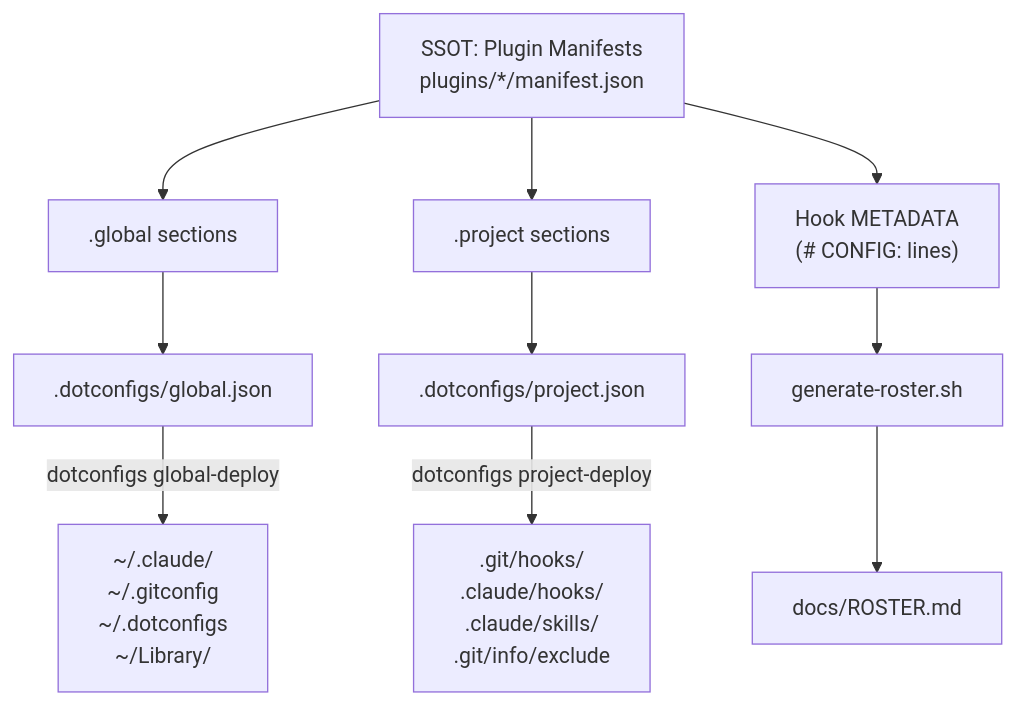
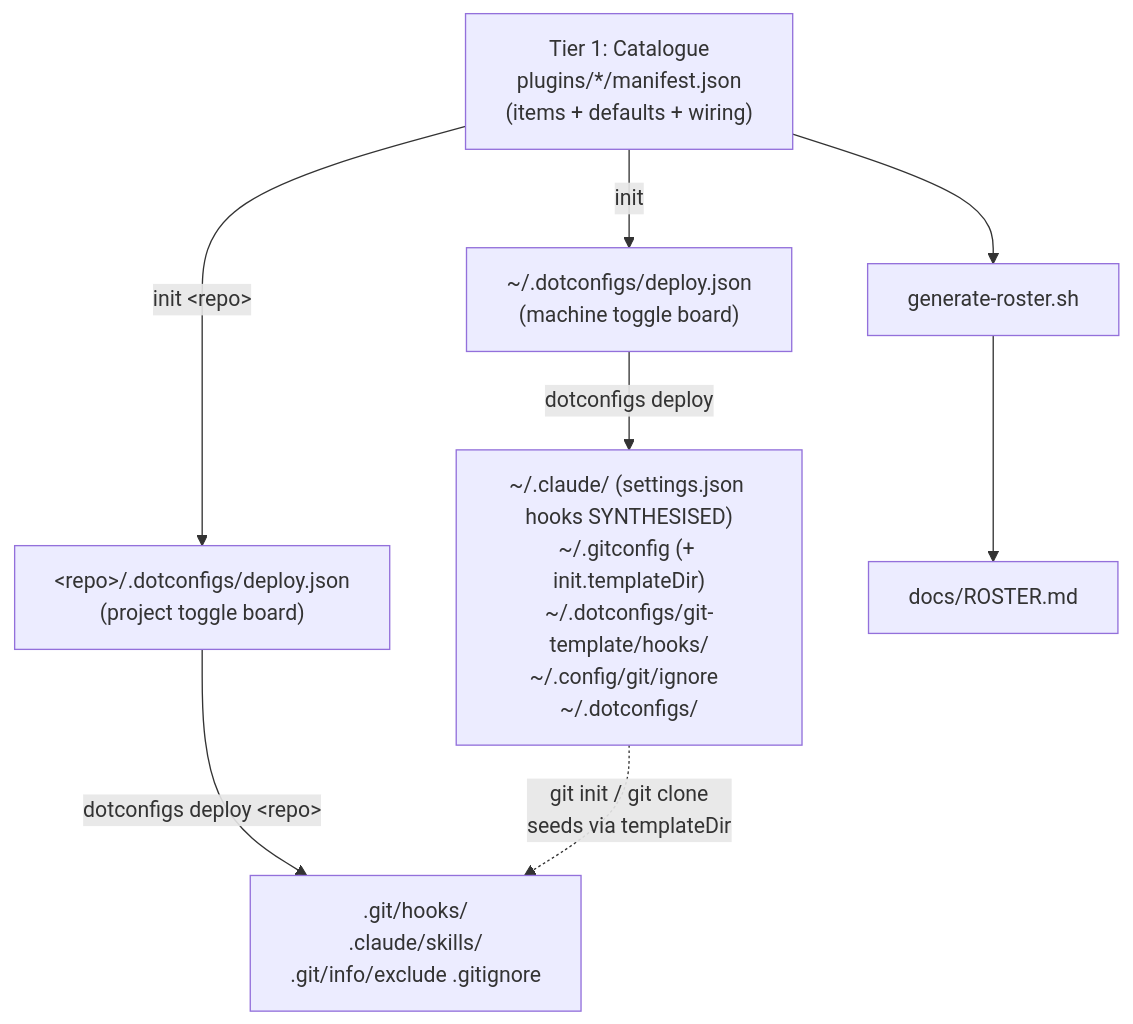
Before and after one commit to henrycgbaker/dotconfigs: the diagram in docs/architecture.md, drawn with Mermaid. The commit also changed other lines of this file and 76 other files, not shown here.

First line of the commit message:
refactor: 2-tier manifest catalogue + deploy.json toggle board

````diff
--- a/docs/architecture.md
+++ b/docs/architecture.md
@@ -16,15 +19,12 @@
 ```mermaid
 flowchart TD
-    SSOT["SSOT: Plugin Manifests<br/>plugins/*/manifest.json"]
-    SSOT --> G[".global sections"]
-    SSOT --> P[".project sections"]
-    SSOT --> M["Hook METADATA<br/>(# CONFIG: lines)"]
+    CAT["Tier 1: Catalogue<br/>plugins/*/manifest.json<br/>(items + defaults + wiring)"]
+    CAT -->|init| MD["~/.dotconfigs/deploy.json<br/>(machine toggle board)"]
+    CAT -->|init &lt;repo&gt;| PD["&lt;repo&gt;/.dotconfigs/deploy.json<br/>(project toggle board)"]
+    CAT --> RS["generate-roster.sh"]
 
-    G --> GJ[".dotconfigs/global.json"]
-    P --> PJ[".dotconfigs/project.json"]
-    M --> RS["generate-roster.sh"]
-
-    GJ -->|dotconfigs global-deploy| GFS["~/.claude/<br/>~/.gitconfig<br/>~/.dotconfigs<br/>~/Library/"]
-    PJ -->|dotconfigs project-deploy| PFS[".git/hooks/<br/>.claude/hooks/<br/>.claude/skills/<br/>.git/info/exclude"]
+    MD -->|dotconfigs deploy| GFS["~/.claude/ (settings.json hooks SYNTHESISED)<br/>~/.gitconfig (+ init.templateDir)<br/>~/.dotconfigs/git-template/hooks/<br/>~/.config/git/ignore  ~/.dotconfigs/"]
+    PD -->|dotconfigs deploy &lt;repo&gt;| PFS[".git/hooks/<br/>.claude/skills/<br/>.git/info/exclude  .gitignore"]
+    GFS -.->|git init / git clone<br/>seeds via templateDir| PFS
     RS --> ROSTER["docs/ROSTER.md"]
 ```
````
